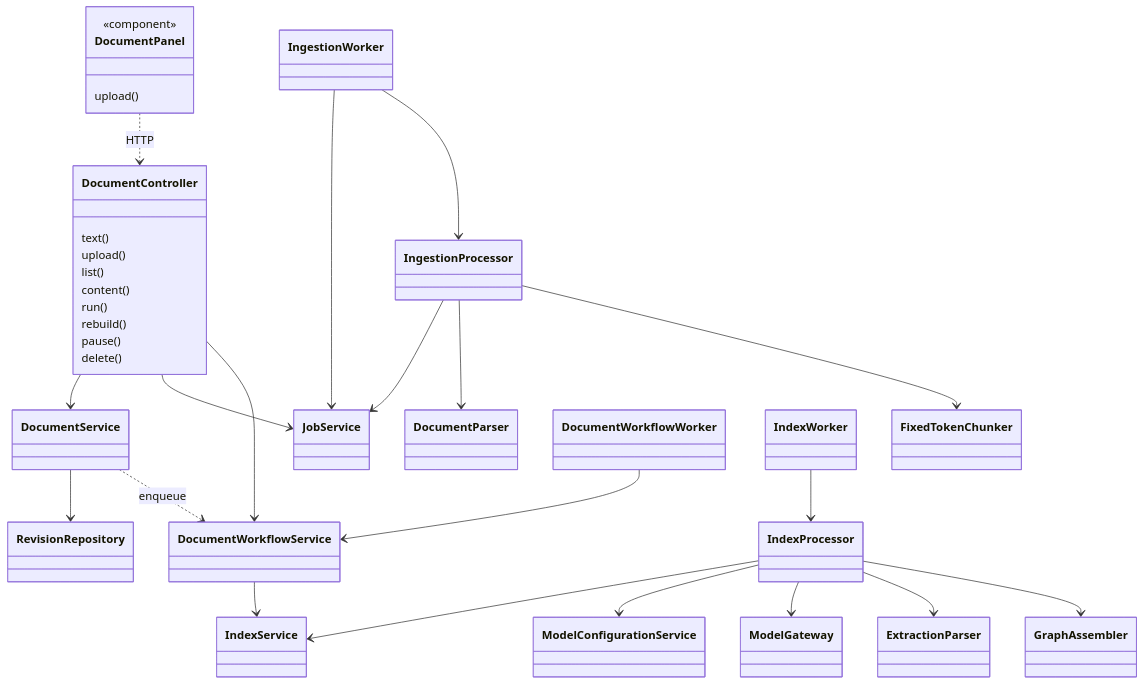
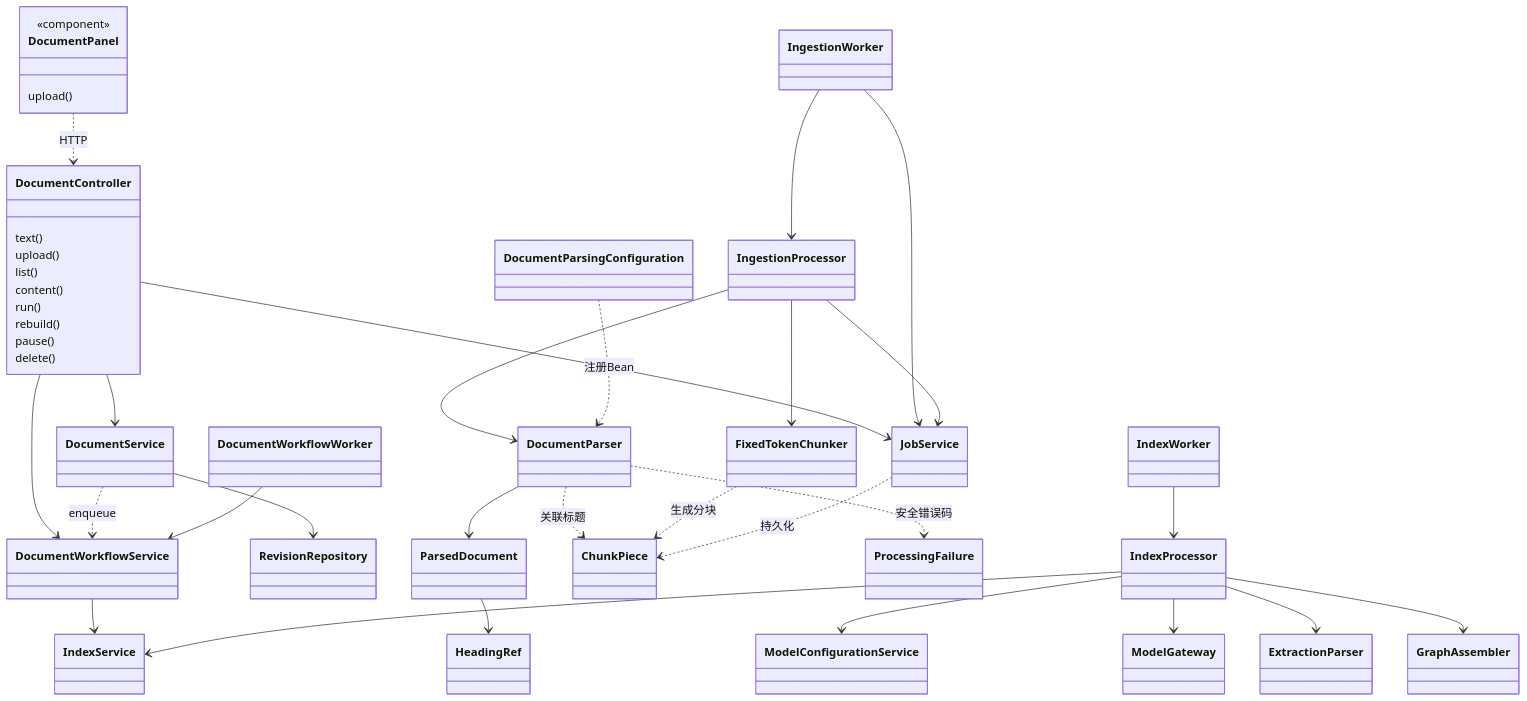
One commit to czhcc/TjLightRAG changed the first of 2 diagrams in docs/文档管理实现.md. Above: the diagram before and after it, drawn with Mermaid. The commit also changed other lines of this file and 21 other files, not shown here.

Commit message:
refactor: extract standalone document parser Maven module

````diff
--- a/docs/文档管理实现.md
+++ b/docs/文档管理实现.md
@@ -20,36 +22,43 @@
 ```mermaid
 classDiagram
     class DocumentPanel {
       <<component>>
       upload()
     }
     class DocumentController {
       text()
       upload()
       list()
       content()
       run()
       rebuild()
       pause()
       delete()
     }
     DocumentPanel ..> DocumentController : HTTP
     DocumentController --> DocumentService
     DocumentController --> JobService
     DocumentController --> DocumentWorkflowService
     DocumentService --> RevisionRepository
     DocumentService ..> DocumentWorkflowService : enqueue
     IngestionWorker --> JobService
     IngestionWorker --> IngestionProcessor
     IngestionProcessor --> JobService
     IngestionProcessor --> DocumentParser
     IngestionProcessor --> FixedTokenChunker
+    DocumentParsingConfiguration ..> DocumentParser : 注册Bean
+    DocumentParser --> ParsedDocument
+    ParsedDocument --> HeadingRef
+    DocumentParser ..> ChunkPiece : 关联标题
+    DocumentParser ..> ProcessingFailure : 安全错误码
+    FixedTokenChunker ..> ChunkPiece : 生成分块
+    JobService ..> ChunkPiece : 持久化
     DocumentWorkflowWorker --> DocumentWorkflowService
     DocumentWorkflowService --> IndexService
     IndexWorker --> IndexProcessor
     IndexProcessor --> IndexService
     IndexProcessor --> ModelConfigurationService
     IndexProcessor --> ModelGateway
     IndexProcessor --> ExtractionParser
     IndexProcessor --> GraphAssembler
 ```
````
